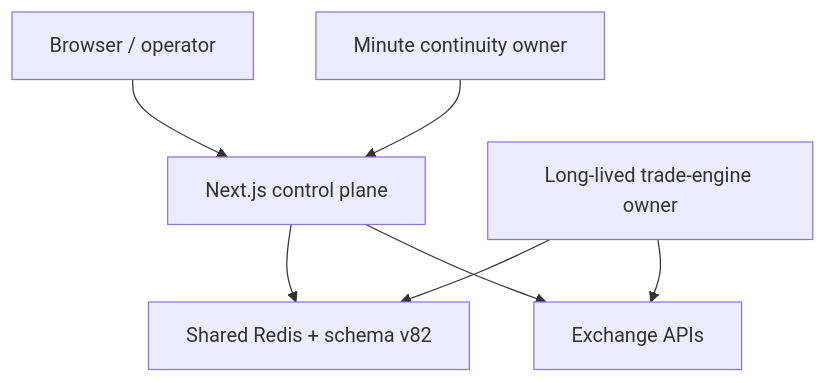
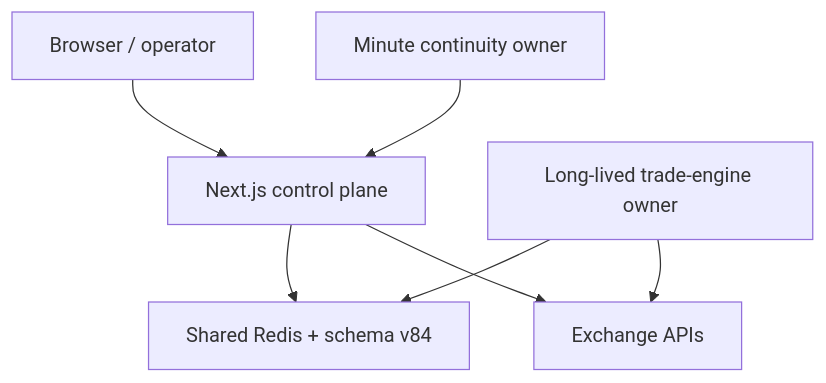
Before and after one commit to mxssnx-creator/CTS-K-N: the diagram in docs/recreation/architecture.md, drawn with Mermaid. The commit also changed 161 other files, not shown here.

````diff
--- a/docs/recreation/architecture.md
+++ b/docs/recreation/architecture.md
@@ -7,9 +7,9 @@
 ```mermaid
 flowchart TB
   U["Browser / operator"] --> W["Next.js control plane"]
-  W --> R["Shared Redis + schema v82"]
+  W --> R["Shared Redis + schema v84"]
   C["Minute continuity owner"] --> W
   E["Long-lived trade-engine owner"] --> R
   E --> X["Exchange APIs"]
   W --> X
 ```
````
